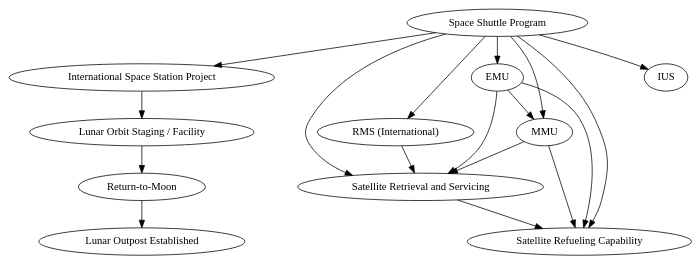
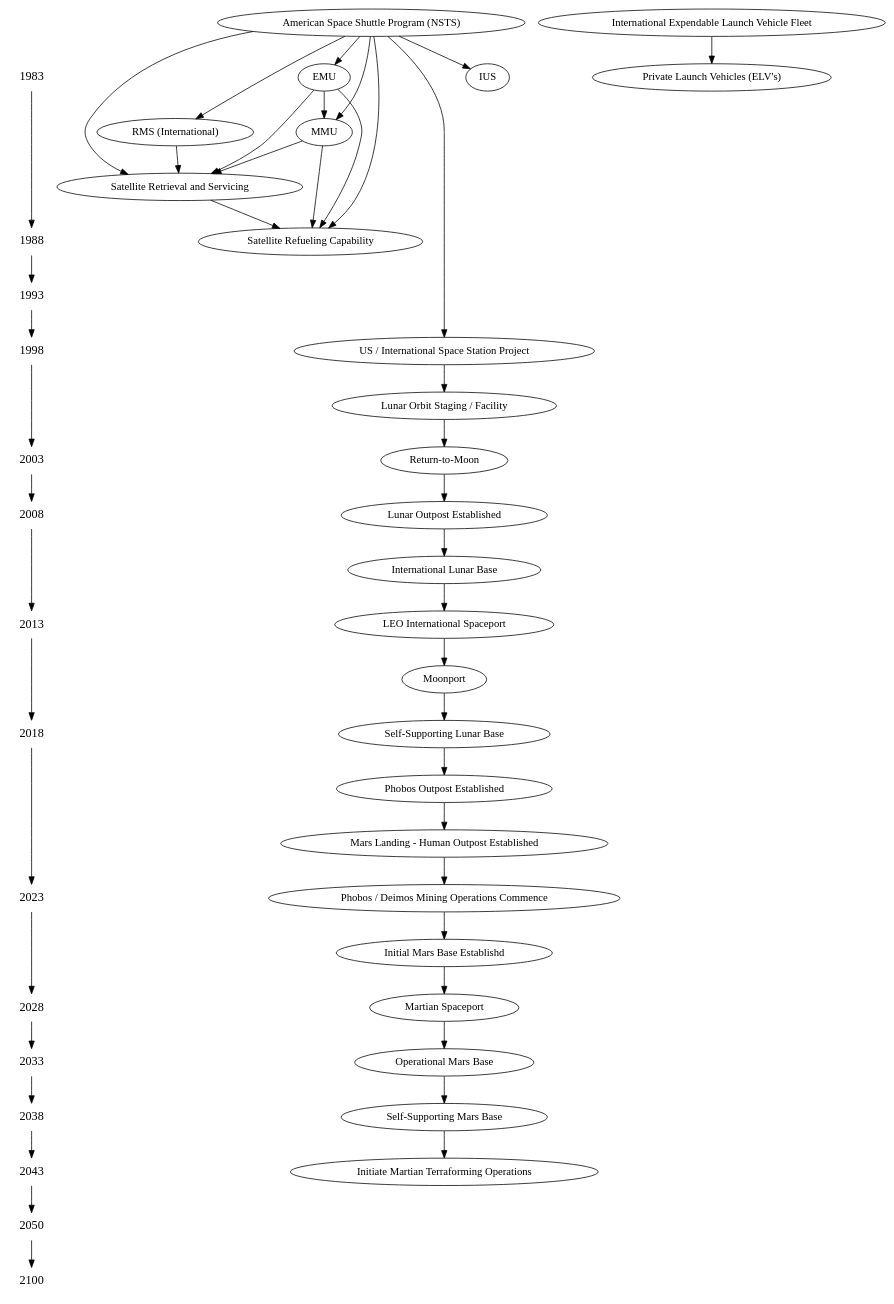
The diagram in IntegratedSpacePlan.gv (Baloogan/IntegratedSpacePlanGraph), drawn with Graphviz before and after one commit.

Commit message:
Added timeline and critical path

```diff
--- a/IntegratedSpacePlan.gv
+++ b/IntegratedSpacePlan.gv
@@ -1,22 +1,41 @@
 digraph GRAPH_0 {
-"Space Shuttle Program" -> "International Space Station Project"
-"Space Shuttle Program" -> "RMS (International)"
-"Space Shuttle Program" -> "IUS"
-"Space Shuttle Program" -> "EMU"
+
+{ node [shape=plaintext, fontsize=16];
+  /* the time-line graph */
+  1983 -> 1988 -> 1993 -> 1998 -> 2003 -> 2008 -> 2013 -> 2018 -> 2023 -> 2028 -> 2033 -> 2038 -> 2043 -> 2050 -> 2100 
+}
+
+{ rank = same; 1983; "EMU"; "Private Launch Vehicles (ELV's)"}
+
+"American Space Shuttle Program (NSTS)" -> "US / International Space Station Project"
+"American Space Shuttle Program (NSTS)" -> "RMS (International)"
+"American Space Shuttle Program (NSTS)" -> "IUS"
+"American Space Shuttle Program (NSTS)" -> "EMU"
 "EMU" -> "MMU"
+"International Expendable Launch Vehicle Fleet" -> "Private Launch Vehicles (ELV's)"
 
-"Space Shuttle Program" -> "MMU"
-"Space Shuttle Program" -> "Satellite Retrieval and Servicing"
+{ rank = same; 1988; "Satellite Refueling Capability" }
+"American Space Shuttle Program (NSTS)" -> "MMU"
+"American Space Shuttle Program (NSTS)" -> "Satellite Retrieval and Servicing"
 "EMU" -> "Satellite Retrieval and Servicing"
 "RMS (International)" -> "Satellite Retrieval and Servicing"
 "MMU" -> "Satellite Retrieval and Servicing"
 "Satellite Retrieval and Servicing" ->"Satellite Refueling Capability"
-"Space Shuttle Program" -> "Satellite Refueling Capability"
+"American Space Shuttle Program (NSTS)" -> "Satellite Refueling Capability"
 "EMU" -> "Satellite Refueling Capability"
 "MMU" -> "Satellite Refueling Capability"
-"International Space Station Project" -> "Lunar Orbit Staging / Facility"
+
+{ rank = same; 1998; "US / International Space Station Project"}
+"US / International Space Station Project" -> "Lunar Orbit Staging / Facility"
 "Lunar Orbit Staging / Facility" -> "Return-to-Moon"
-"Return-to-Moon" -> "Lunar Outpost Established"
+{ rank = same; 2008; "Lunar Outpost Established"}
+"Return-to-Moon" -> "Lunar Outpost Established" -> "International Lunar Base" -> "LEO International Spaceport" -> "Moonport" -> "Self-Supporting Lunar Base" -> "Phobos Outpost Established" -> "Mars Landing - Human Outpost Established" -> "Phobos / Deimos Mining Operations Commence" -> "Initial Mars Base Establishd" -> "Martian Spaceport" -> "Operational Mars Base" -> "Self-Supporting Mars Base" -> "Initiate Martian Terraforming Operations"
 
+{ rank = same; 2013; "LEO International Spaceport" }
+{ rank = same; 2018; "Self-Supporting Lunar Base" }
+{ rank = same; 2023; "Phobos / Deimos Mining Operations Commence" }
+{ rank = same; 2028; "Martian Spaceport" }
+{ rank = same; 2038; "Self-Supporting Mars Base" }
+{ rank = same; 2043; "Initiate Martian Terraforming Operations" }
 
 }
```
